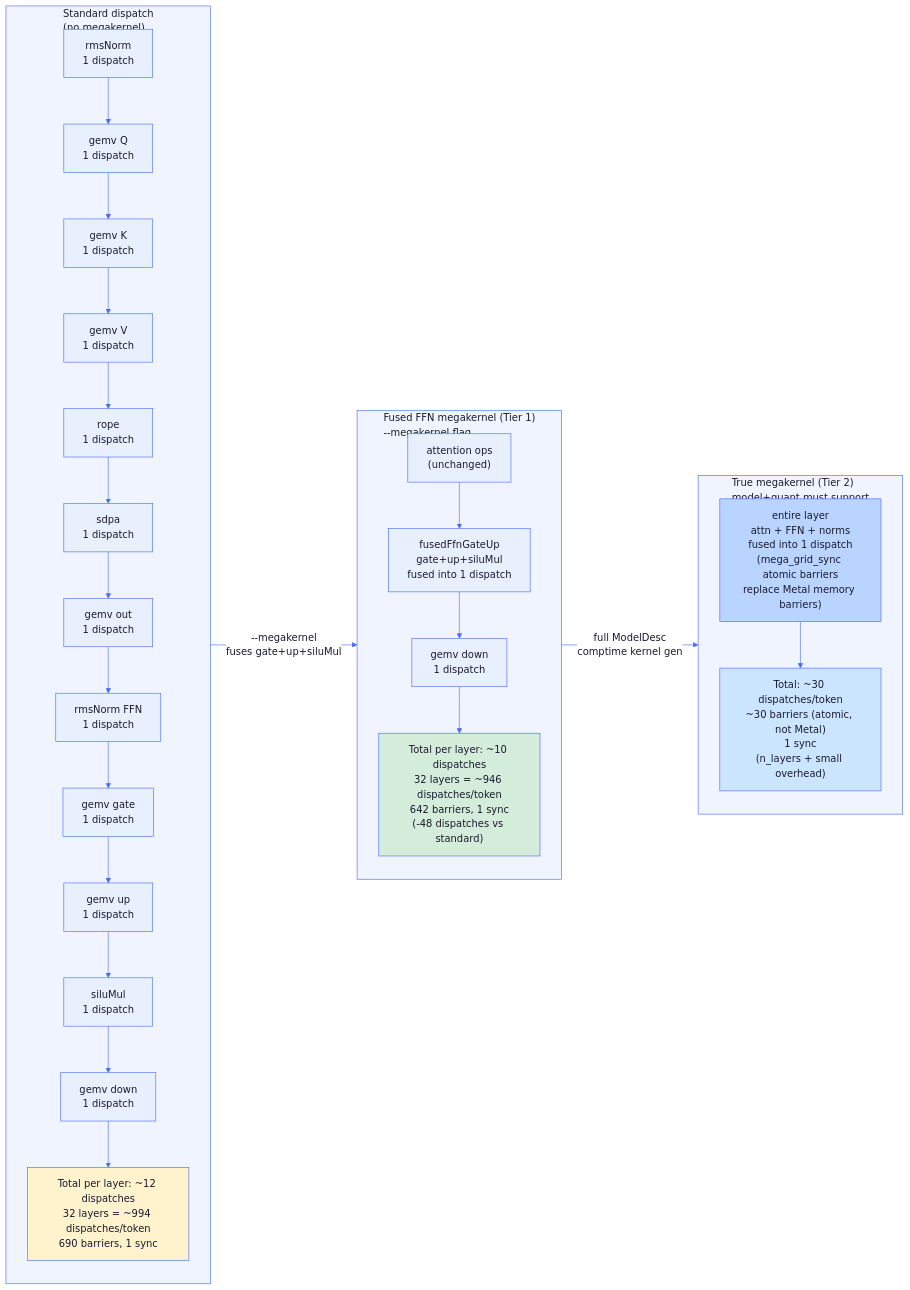
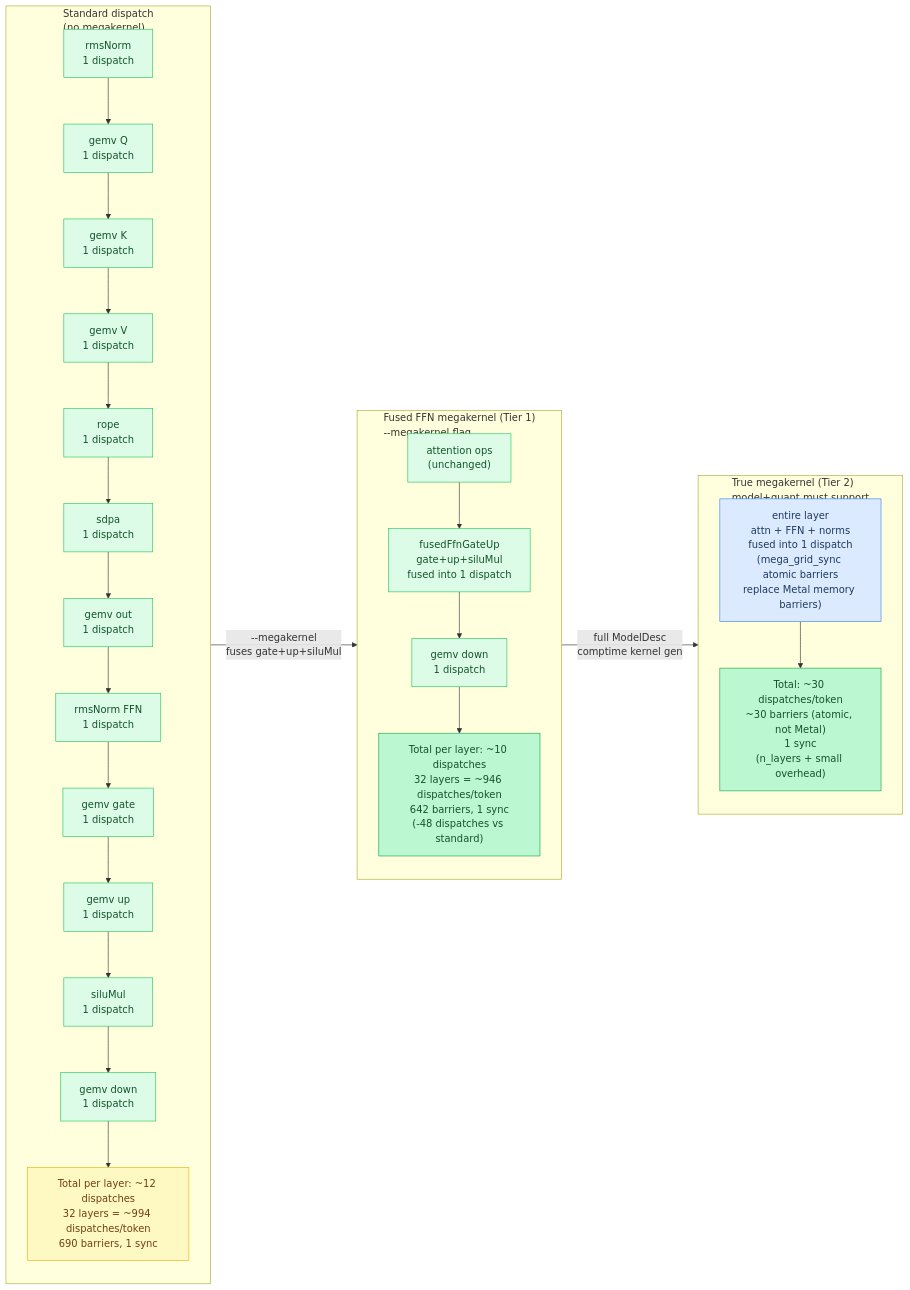
One commit to maci0/agave changed the sixth of 6 diagrams in docs/tutorial/appendix-profiling.md. Above: the diagram before and after it, drawn with Mermaid. The commit also changed other lines of this file and 24 other files, not shown here.

First line of the commit message:
docs: convert all mermaid diagrams to classDef semantic colors

````diff
--- a/docs/tutorial/appendix-profiling.md
+++ b/docs/tutorial/appendix-profiling.md
@@ -665,55 +638,43 @@
 ```mermaid
-%%{init: {'theme': 'base', 'themeVariables': {
-  'primaryColor': '#e8f0fe',
-  'primaryTextColor': '#1a1a2e',
-  'primaryBorderColor': '#4a6cf7',
-  'lineColor': '#4a6cf7',
-  'secondaryColor': '#f0f4ff',
-  'tertiaryColor': '#f8f9ff',
-  'edgeLabelBackground': '#ffffff',
-  'clusterBkg': '#f0f4ff',
-  'clusterBorder': '#4a6cf7',
-  'titleColor': '#1a1a2e',
-  'nodeTextColor': '#1a1a2e',
-  'fontFamily': 'ui-monospace, SFMono-Regular, monospace'
-}}}%%
 graph LR
+    classDef setup     fill:#dbeafe,stroke:#3b82f6,color:#1e3a5f
+    classDef sync      fill:#dcfce7,stroke:#22c55e,color:#14532d
+    classDef migration fill:#fef9c3,stroke:#eab308,color:#713f12
+    classDef success   fill:#bbf7d0,stroke:#16a34a,color:#14532d
+    classDef danger    fill:#fee2e2,stroke:#ef4444,color:#7f1d1d
+    classDef optional  fill:#f3e8ff,stroke:#9333ea,color:#581c87
+
     subgraph Standard["Standard dispatch\n(no megakernel)"]
-        S1["rmsNorm\n1 dispatch"]
-        S2["gemv Q\n1 dispatch"]
-        S3["gemv K\n1 dispatch"]
-        S4["gemv V\n1 dispatch"]
-        S5["rope\n1 dispatch"]
-        S6["sdpa\n1 dispatch"]
-        S7["gemv out\n1 dispatch"]
-        S8["rmsNorm FFN\n1 dispatch"]
-        S9["gemv gate\n1 dispatch"]
-        S10["gemv up\n1 dispatch"]
-        S11["siluMul\n1 dispatch"]
-        S12["gemv down\n1 dispatch"]
-        STotal["Total per layer: ~12 dispatches\n32 layers = ~994 dispatches/token\n690 barriers, 1 sync"]
+        S1["rmsNorm\n1 dispatch"]:::sync
+        S2["gemv Q\n1 dispatch"]:::sync
+        S3["gemv K\n1 dispatch"]:::sync
+        S4["gemv V\n1 dispatch"]:::sync
+        S5["rope\n1 dispatch"]:::sync
+        S6["sdpa\n1 dispatch"]:::sync
+        S7["gemv out\n1 dispatch"]:::sync
+        S8["rmsNorm FFN\n1 dispatch"]:::sync
+        S9["gemv gate\n1 dispatch"]:::sync
+        S10["gemv up\n1 dispatch"]:::sync
+        S11["siluMul\n1 dispatch"]:::sync
+        S12["gemv down\n1 dispatch"]:::sync
+        STotal["Total per layer: ~12 dispatches\n32 layers = ~994 dispatches/token\n690 barriers, 1 sync"]:::migration
         S1 --> S2 --> S3 --> S4 --> S5 --> S6 --> S7 --> S8 --> S9 --> S10 --> S11 --> S12 --> STotal
     end
 
     subgraph FusedFFN["Fused FFN megakernel (Tier 1)\n--megakernel flag"]
-        F1["attention ops\n(unchanged)"]
-        F2["fusedFfnGateUp\ngate+up+siluMul\nfused into 1 dispatch"]
-        F3["gemv down\n1 dispatch"]
-        FTotal["Total per layer: ~10 dispatches\n32 layers = ~946 dispatches/token\n642 barriers, 1 sync\n(-48 dispatches vs standard)"]
+        F1["attention ops\n(unchanged)"]:::sync
+        F2["fusedFfnGateUp\ngate+up+siluMul\nfused into 1 dispatch"]:::sync
+        F3["gemv down\n1 dispatch"]:::sync
+        FTotal["Total per layer: ~10 dispatches\n32 layers = ~946 dispatches/token\n642 barriers, 1 sync\n(-48 dispatches vs standard)"]:::success
         F1 --> F2 --> F3 --> FTotal
     end
 
     subgraph TrueMega["True megakernel (Tier 2)\nmodel+quant must support"]
-        T1["entire layer\nattn + FFN + norms\nfused into 1 dispatch\n(mega_grid_sync atomic barriers\nreplace Metal memory barriers)"]
-        TTotal["Total: ~30 dispatches/token\n~30 barriers (atomic, not Metal)\n1 sync\n(n_layers + small overhead)"]
+        T1["entire layer\nattn + FFN + norms\nfused into 1 dispatch\n(mega_grid_sync atomic barriers\nreplace Metal memory barriers)"]:::setup
+        TTotal["Total: ~30 dispatches/token\n~30 barriers (atomic, not Metal)\n1 sync\n(n_layers + small overhead)"]:::success
         T1 --> TTotal
     end
 
     Standard -->|"--megakernel\nfuses gate+up+siluMul"| FusedFFN
     FusedFFN -->|"full ModelDesc\ncomptime kernel gen"| TrueMega
-
-    style STotal fill:#fff3cd,color:#1a1a2e
-    style FTotal fill:#d4edda,color:#1a1a2e
-    style TTotal fill:#cce5ff,color:#1a1a2e
-    style T1 fill:#b8d4ff,color:#1a1a2e
 ```
````
